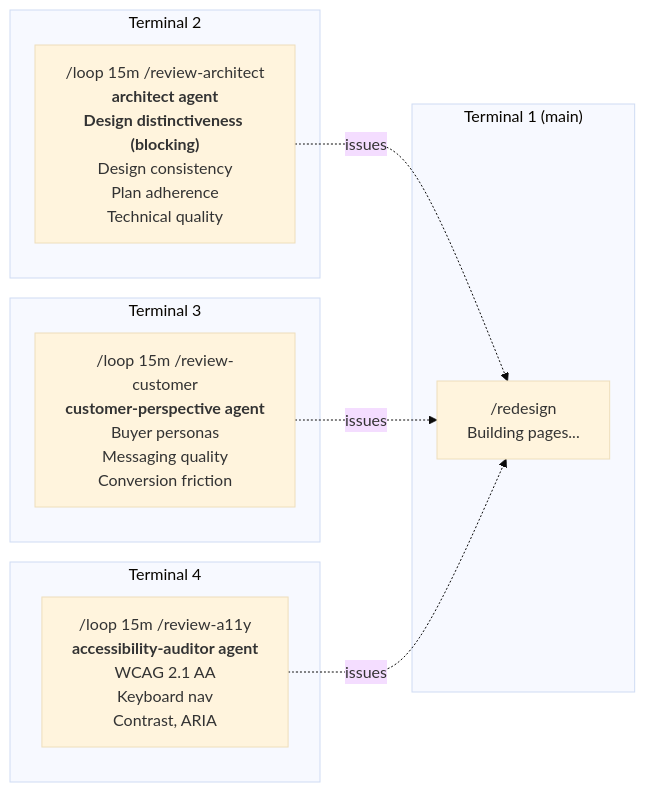
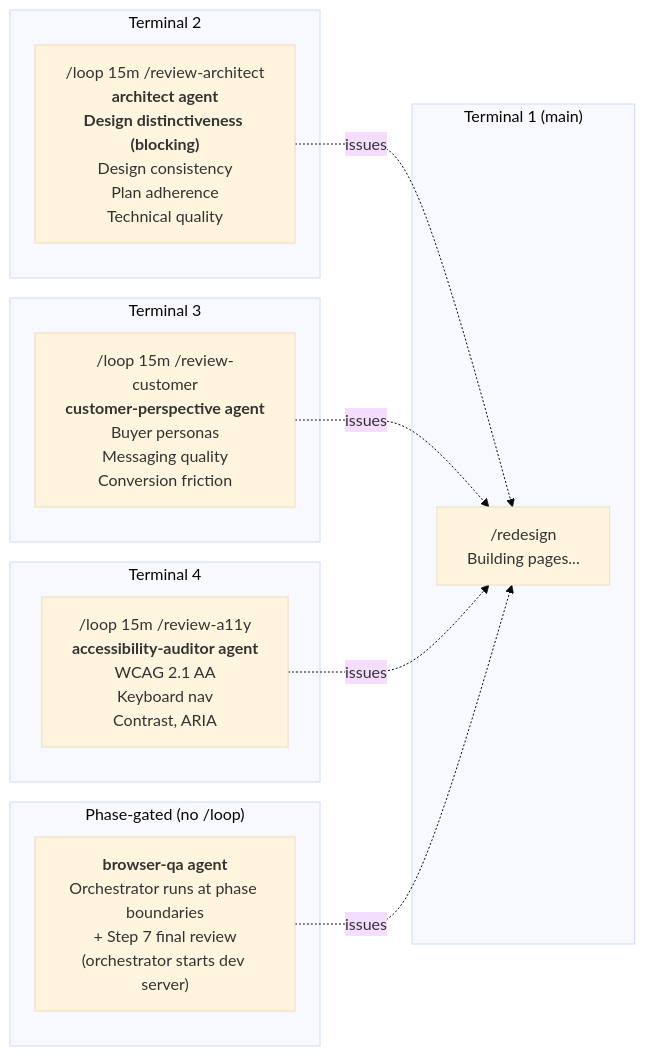
Before and after one commit to Amapetri/t-mrer-snedker-v-martin-mejdahl-j-rgensen-aps-webpage: the second of 4 diagrams in FLOW_DIAGRAM.md, drawn with Mermaid (base theme). The commit also changed other lines of this file and 19 other files, not shown here.

````diff
--- a/FLOW_DIAGRAM.md
+++ b/FLOW_DIAGRAM.md
@@ -66,22 +68,27 @@
 ```mermaid
 flowchart LR
     subgraph T1["Terminal 1 (main)"]
         R["/redesign<br/>Building pages..."]
     end
 
     subgraph T2["Terminal 2"]
         A["/loop 15m /review-architect<br/><b>architect agent</b><br/><b>Design distinctiveness (blocking)</b><br/>Design consistency<br/>Plan adherence<br/>Technical quality"]
     end
 
     subgraph T3["Terminal 3"]
         C["/loop 15m /review-customer<br/><b>customer-perspective agent</b><br/>Buyer personas<br/>Messaging quality<br/>Conversion friction"]
     end
 
     subgraph T4["Terminal 4"]
         X["/loop 15m /review-a11y<br/><b>accessibility-auditor agent</b><br/>WCAG 2.1 AA<br/>Keyboard nav<br/>Contrast, ARIA"]
     end
 
+    subgraph PG["Phase-gated (no /loop)"]
+        B["<b>browser-qa agent</b><br/>Orchestrator runs at phase boundaries<br/>+ Step 7 final review<br/>(orchestrator starts dev server)"]
+    end
+
     A -.->|issues| R
     C -.->|issues| R
     X -.->|issues| R
+    B -.->|issues| R
 ```
````
